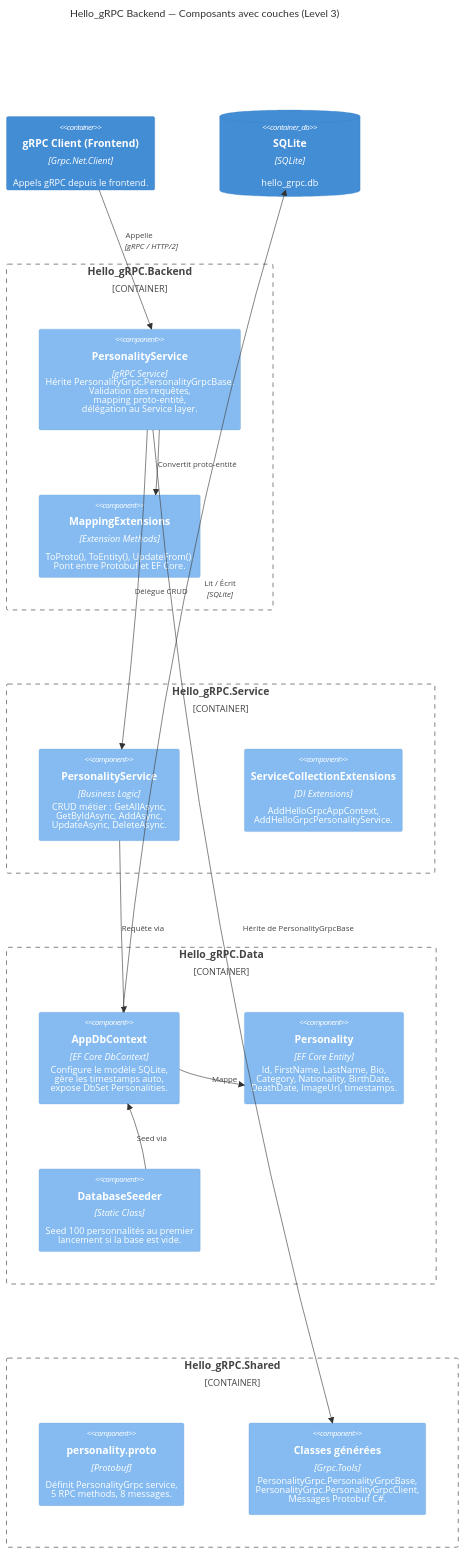
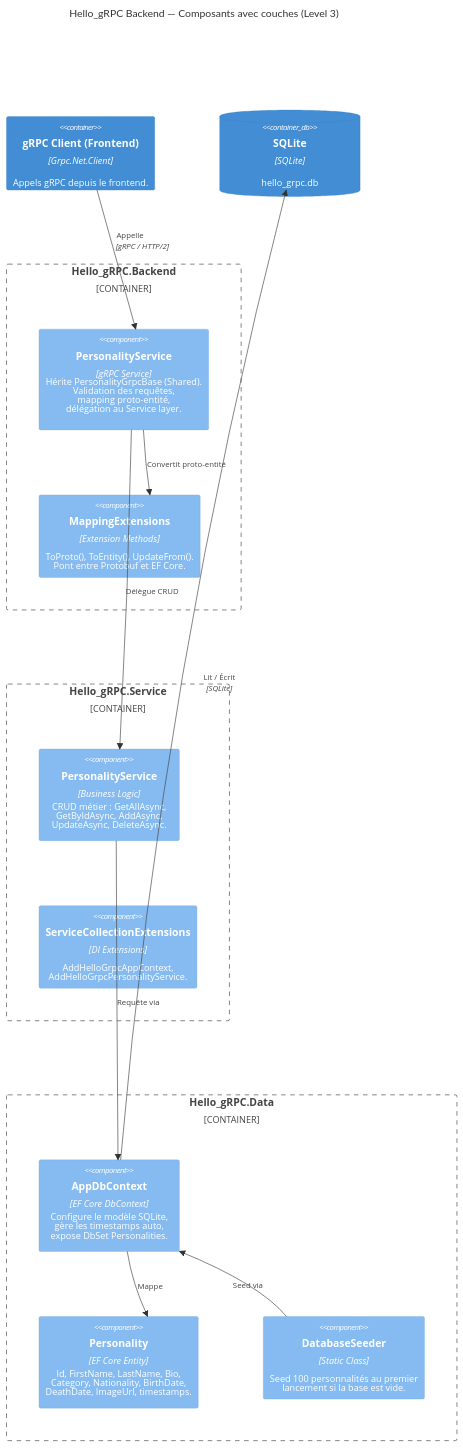
The fourth of 8 diagrams in docs/architecture-c4.md (Raph8277/Hello_gRPC), drawn with Mermaid before and after one commit. The commit also changed other lines of this file and 1 other file, not shown here.

````diff
--- a/docs/architecture-c4.md
+++ b/docs/architecture-c4.md
@@ -474,47 +469,39 @@
 ```mermaid
 C4Component
     title Hello_gRPC Backend — Composants avec couches (Level 3)
 
     Container(grpcClient, "gRPC Client (Frontend)", "Grpc.Net.Client", "Appels gRPC depuis le frontend.")
 
     Container_Boundary(backendBoundary, "Hello_gRPC.Backend") {
-        Component(grpcService, "PersonalityService", "gRPC Service", "Hérite PersonalityGrpc.PersonalityGrpcBase.<br/>Validation des requêtes,<br/>mapping proto-entité,<br/>délégation au Service layer.")
+        Component(grpcService, "PersonalityService", "gRPC Service", "Hérite PersonalityGrpcBase (Shared).<br/>Validation des requêtes,<br/>mapping proto-entité,<br/>délégation au Service layer.")
 
         Component(mappingExt, "MappingExtensions", "Extension Methods", "ToProto(), ToEntity(), UpdateFrom().<br/>Pont entre Protobuf et EF Core.")
     }
 
     Container_Boundary(serviceBoundary, "Hello_gRPC.Service") {
         Component(bizService, "PersonalityService", "Business Logic", "CRUD métier : GetAllAsync,<br/>GetByIdAsync, AddAsync,<br/>UpdateAsync, DeleteAsync.")
 
         Component(diExtensions, "ServiceCollectionExtensions", "DI Extensions", "AddHelloGrpcAppContext,<br/>AddHelloGrpcPersonalityService.")
     }
 
     Container_Boundary(dataBoundary, "Hello_gRPC.Data") {
         Component(dbContext, "AppDbContext", "EF Core DbContext", "Configure le modèle SQLite,<br/>gère les timestamps auto,<br/>expose DbSet Personalities.")
 
         Component(personality, "Personality", "EF Core Entity", "Id, FirstName, LastName, Bio,<br/>Category, Nationality, BirthDate,<br/>DeathDate, ImageUrl, timestamps.")
 
         Component(seeder, "DatabaseSeeder", "Static Class", "Seed 100 personnalités au premier<br/>lancement si la base est vide.")
     }
 
-    Container_Boundary(sharedBoundary, "Hello_gRPC.Shared") {
-        Component(proto, "personality.proto", "Protobuf", "Définit PersonalityGrpc service,<br/>5 RPC methods, 8 messages.")
-
-        Component(generated, "Classes générées", "Grpc.Tools", "PersonalityGrpc.PersonalityGrpcBase,<br/>PersonalityGrpc.PersonalityGrpcClient,<br/>Messages Protobuf C#.")
-    }
-
     ContainerDb(sqlite, "SQLite", "SQLite", "hello_grpc.db")
 
     Rel(grpcClient, grpcService, "Appelle", "gRPC / HTTP/2")
-    Rel(grpcService, generated, "Hérite de PersonalityGrpcBase")
     Rel(grpcService, mappingExt, "Convertit proto-entité")
     Rel(grpcService, bizService, "Délègue CRUD")
     Rel(bizService, dbContext, "Requête via")
     Rel(dbContext, personality, "Mappe")
     Rel(dbContext, sqlite, "Lit / Écrit", "SQLite")
     Rel(seeder, dbContext, "Seed via")
 
     UpdateRelStyle(grpcClient, grpcService, $offsetY="-40")
-    UpdateRelStyle(dbContext, sqlite, $offsetY="-30")
-    UpdateLayoutConfig($c4ShapeInRow="3", $c4BoundaryInRow="1")
+    UpdateLayoutConfig($c4ShapeInRow="2", $c4BoundaryInRow="1")
 ```
````
